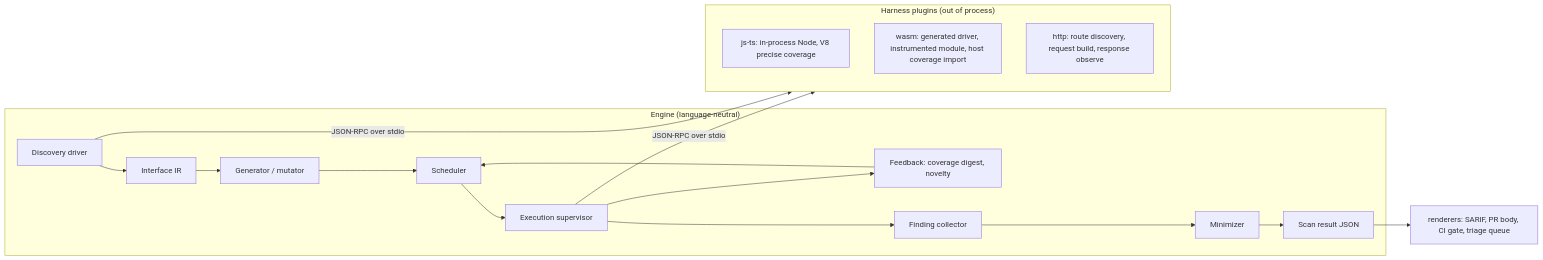
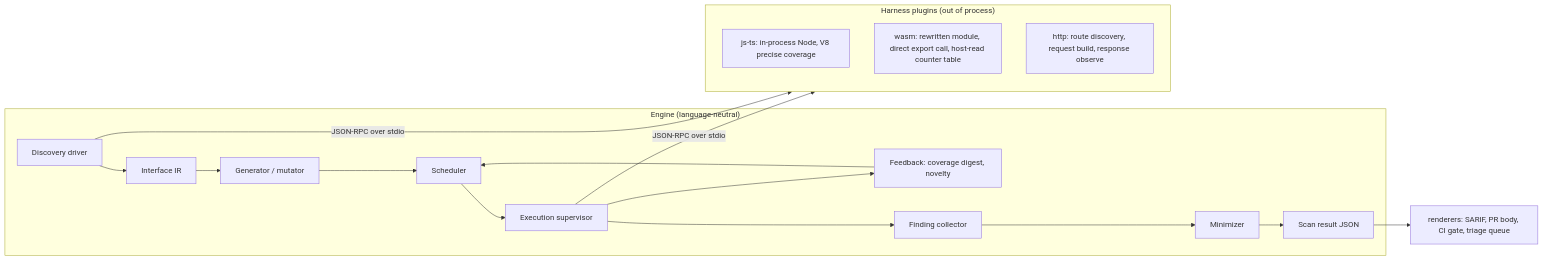
One commit to DustinEwan/autofuzz changed the diagram in docs/architecture.md. Above: the diagram before and after it, drawn with Mermaid. The commit also changed other lines of this file and 8 other files, not shown here.

````diff
--- a/docs/architecture.md
+++ b/docs/architecture.md
@@ -58,22 +58,22 @@
 ```mermaid
 flowchart LR
   subgraph Engine["Engine (language-neutral)"]
     DIS[Discovery driver] --> IR[Interface IR]
     IR --> GEN[Generator / mutator]
     GEN --> SCH[Scheduler]
     SCH --> EX[Execution supervisor]
     EX --> FB[Feedback: coverage digest, novelty]
     FB --> SCH
     EX --> FIND[Finding collector]
     FIND --> MIN[Minimizer]
     MIN --> SR[Scan result JSON]
   end
   subgraph Plugins["Harness plugins (out of process)"]
     JS["js-ts: in-process Node, V8 precise coverage"]
-    WASM["wasm: generated driver, instrumented module, host coverage import"]
+    WASM["wasm: rewritten module, direct export call, host-read counter table"]
     HTTP["http: route discovery, request build, response observe"]
   end
   EX -->|JSON-RPC over stdio| Plugins
   DIS -->|JSON-RPC over stdio| Plugins
   SR --> R1[renderers: SARIF, PR body, CI gate, triage queue]
 ```
````
